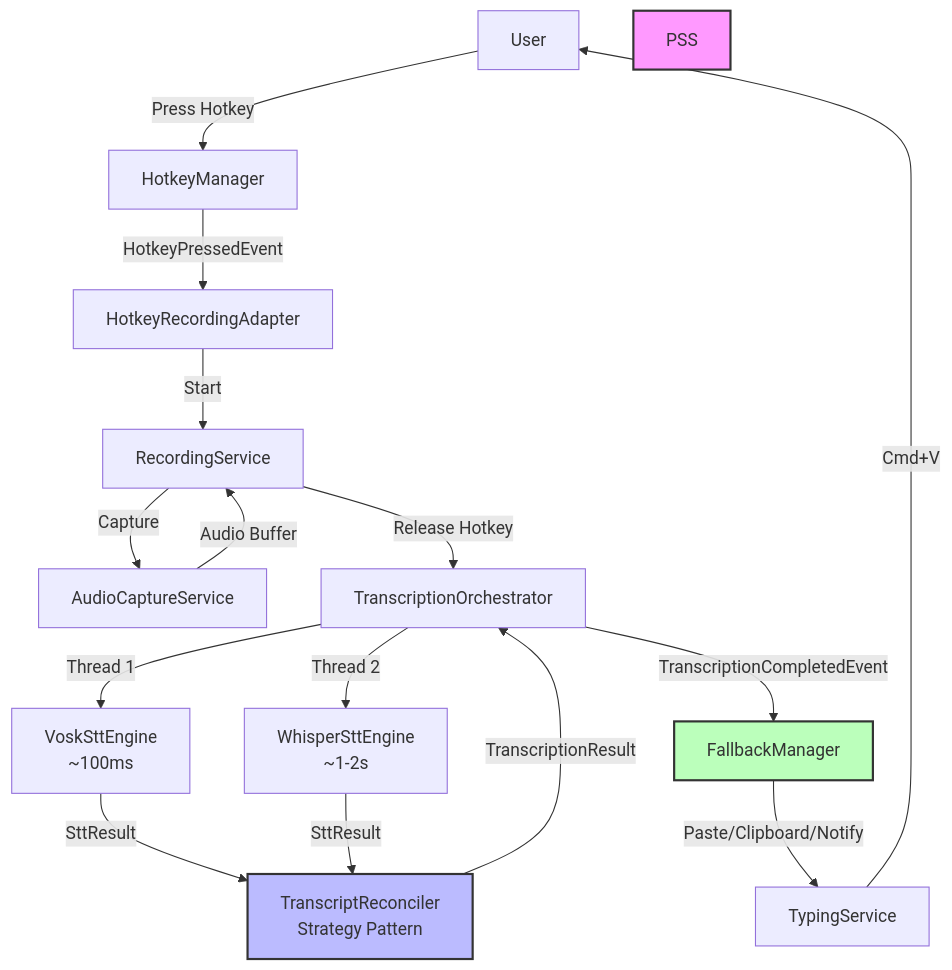
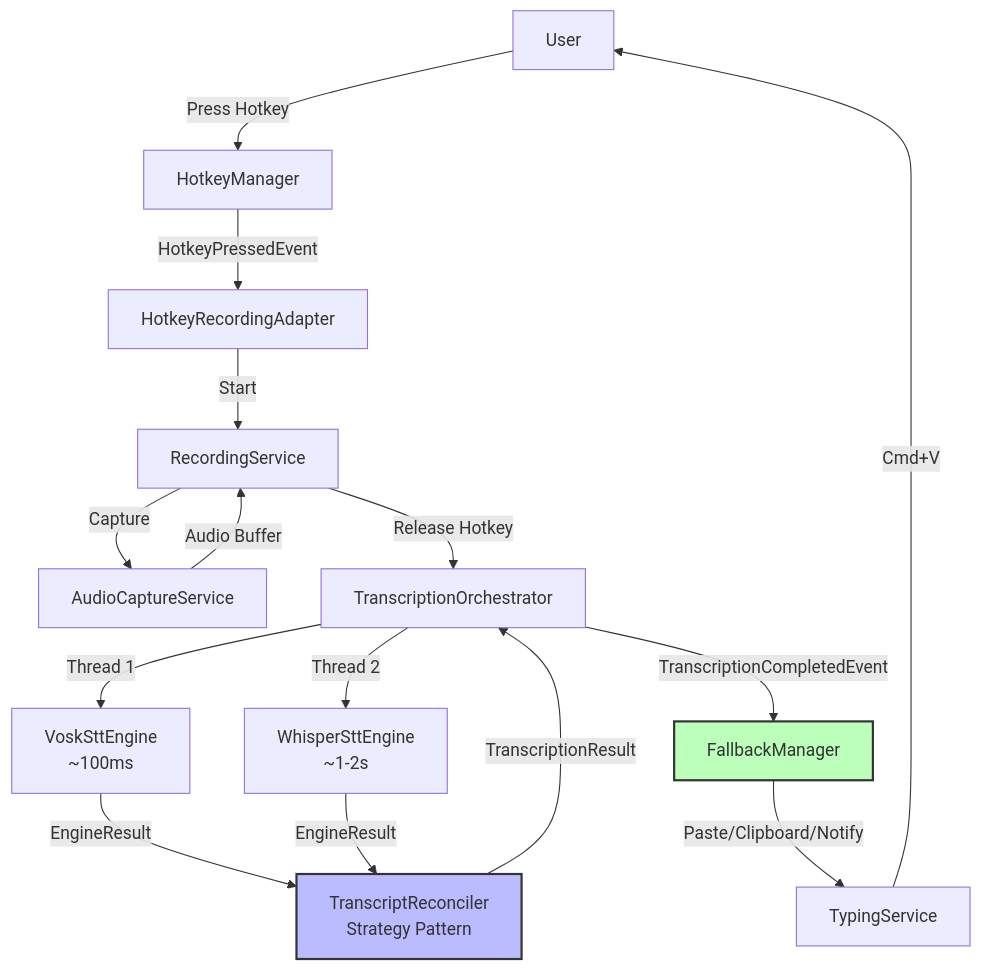
One commit to phillippitts/speakToMack changed the first of 4 diagrams in docs/diagrams/architecture-overview.md. Above: the diagram before and after it, drawn with Mermaid. The commit also changed 499 other files, not shown here.

````diff
--- a/docs/diagrams/architecture-overview.md
+++ b/docs/diagrams/architecture-overview.md
@@ -5,24 +5,23 @@
 ```mermaid
 graph TB
     User[User] -->|Press Hotkey| HM[HotkeyManager]
     HM -->|HotkeyPressedEvent| Adapter[HotkeyRecordingAdapter]
     Adapter -->|Start| RS[RecordingService]
     RS -->|Capture| AC[AudioCaptureService]
     AC -->|Audio Buffer| RS
     RS -->|Release Hotkey| TO[TranscriptionOrchestrator]
     
     TO -->|Thread 1| Vosk[VoskSttEngine<br/>~100ms]
     TO -->|Thread 2| Whisper[WhisperSttEngine<br/>~1-2s]
 
-    Vosk -->|SttResult| Rec[TranscriptReconciler<br/>Strategy Pattern]
-    Whisper -->|SttResult| Rec
+    Vosk -->|EngineResult| Rec[TranscriptReconciler<br/>Strategy Pattern]
+    Whisper -->|EngineResult| Rec
 
     Rec -->|TranscriptionResult| TO
     TO -->|TranscriptionCompletedEvent| FM[FallbackManager]
     FM -->|Paste/Clipboard/Notify| TS[TypingService]
     TS -->|Cmd+V| User
     
-    style PSS fill:#f9f,stroke:#333,stroke-width:2px
     style Rec fill:#bbf,stroke:#333,stroke-width:2px
     style FM fill:#bfb,stroke:#333,stroke-width:2px
 ```
````
